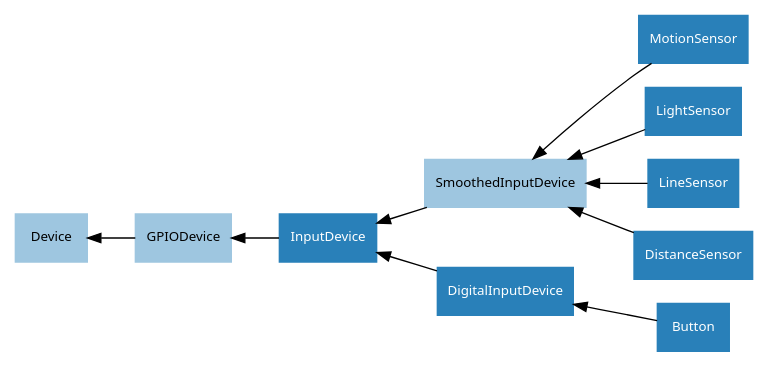
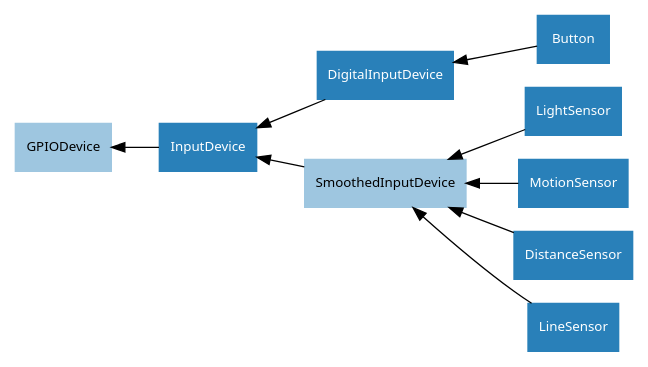
One commit to gpiozero/gpiozero changed the diagram in docs/images/input_device_hierarchy.dot. Above: the diagram before and after it, drawn with Graphviz. The commit also changed 26 other files, not shown here.

Commit message:
Generate device graphs automatically

```diff
--- a/docs/images/input_device_hierarchy.dot
+++ b/docs/images/input_device_hierarchy.dot
@@ -1,26 +1,28 @@
-/* vim: set et sw=4 sts=4: */
-
 digraph classes {
     graph [rankdir=RL];
     node [shape=rect, style=filled, fontname=Sans, fontsize=10];
     edge [];
 
+    /* Mixin classes */
+    node [color="#c69ee0", fontcolor="#000000"]
+
+    
+
     /* Abstract classes */
     node [color="#9ec6e0", fontcolor="#000000"]
-    Device;
+
+    SmoothedInputDevice;
     GPIODevice;
-    SmoothedInputDevice;
 
     /* Concrete classes */
     node [color="#2980b9", fontcolor="#ffffff"];
 
-    GPIODevice->Device;
+    SmoothedInputDevice->InputDevice;
+    LightSensor->SmoothedInputDevice;
+    MotionSensor->SmoothedInputDevice;
+    DistanceSensor->SmoothedInputDevice;
+    LineSensor->SmoothedInputDevice;
+    Button->DigitalInputDevice;
     InputDevice->GPIODevice;
     DigitalInputDevice->InputDevice;
-    SmoothedInputDevice->InputDevice;
-    Button->DigitalInputDevice;
-    MotionSensor->SmoothedInputDevice;
-    LightSensor->SmoothedInputDevice;
-    LineSensor->SmoothedInputDevice;
-    DistanceSensor->SmoothedInputDevice;
 }
```
